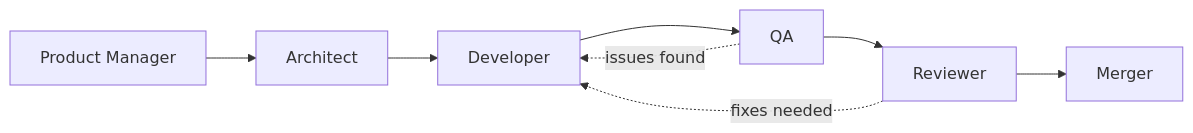
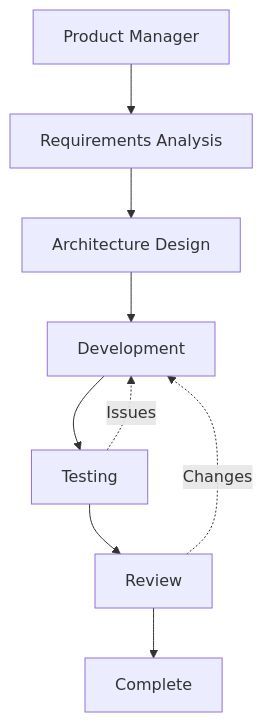
One commit to ehausig/ai-devkit-pod-configurator changed the diagram in components/agents/claude-code/README.md. Above: the diagram before and after it, drawn with Mermaid. The commit also changed other lines of this file and 12 other files, not shown here.

````diff
--- a/components/agents/claude-code/README.md
+++ b/components/agents/claude-code/README.md
@@ -61,10 +79,11 @@
 ```mermaid
-graph LR
-    PM[Product Manager] --> A[Architect]
-    A --> D[Developer]
-    D --> Q[QA]
-    Q --> R[Reviewer]
-    R --> M[Merger]
-    R -.->|fixes needed| D
-    Q -.->|issues found| D
+graph TD
+    PM[Product Manager] --> REQ[Requirements Analysis]
+    REQ --> ARCH[Architecture Design]
+    ARCH --> DEV[Development]
+    DEV --> TEST[Testing]
+    TEST --> REV[Review]
+    REV --> DONE[Complete]
+    TEST -.->|Issues| DEV
+    REV -.->|Changes| DEV
 ```
````
